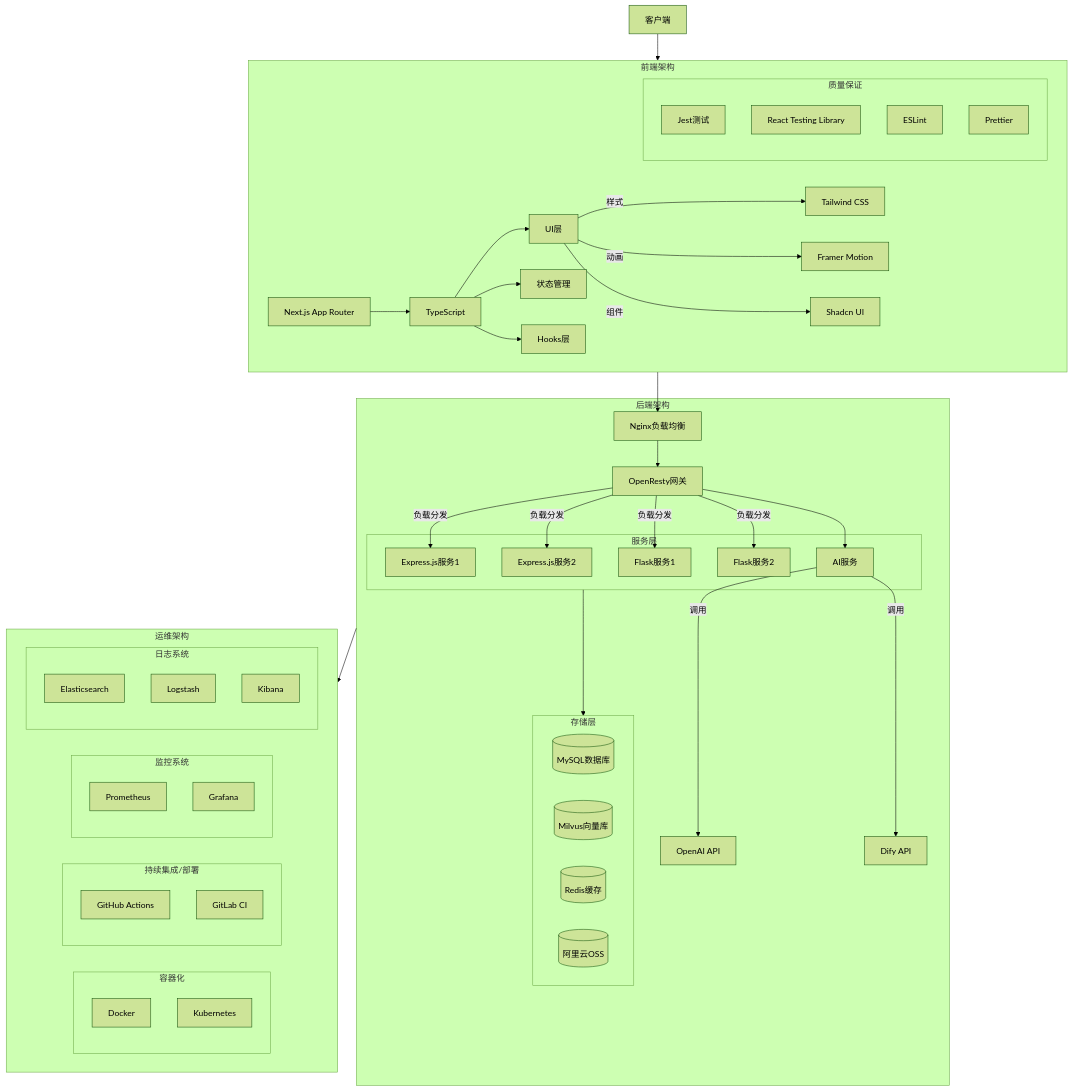
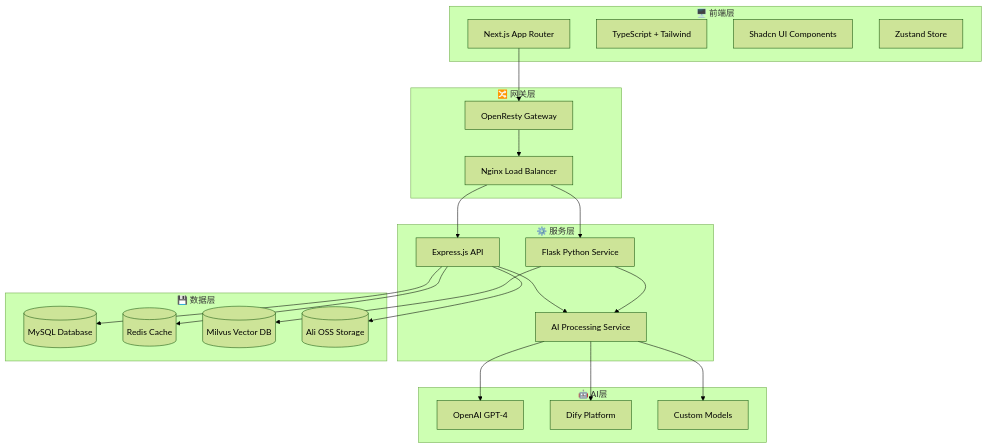
Before and after one commit to kjwlegend/zhatian-ai: the third of 3 diagrams in README.md, drawn with Mermaid (forest theme). The commit also changed other lines of this file, not shown here.

````diff
--- a/README.md
+++ b/README.md
@@ -154,82 +210,47 @@
 ```mermaid
-graph TD
-    subgraph Frontend [前端架构]
-        Next[Next.js App Router]
-        TS[TypeScript]
-        UI[UI层]
-        Store[状态管理]
-        Hooks[Hooks层]
-
-        UI --> |样式| Tailwind[Tailwind CSS]
-        UI --> |动画| Framer[Framer Motion]
-        UI --> |组件| Shadcn[Shadcn UI]
-
-        Next --> TS
-        TS --> UI
-        TS --> Store
-        TS --> Hooks
-
-        subgraph QA [质量保证]
-            Jest[Jest测试]
-            RTL[React Testing Library]
-            ESLint[ESLint]
-            Prettier[Prettier]
-        end
+graph TB
+    subgraph "🖥️ 前端层"
+        A[Next.js App Router]
+        B[TypeScript + Tailwind]
+        C[Shadcn UI Components]
+        D[Zustand Store]
     end
 
-    subgraph Backend [后端架构]
-        LB[Nginx负载均衡]
-        Gateway[OpenResty网关]
-
-        subgraph Services [服务层]
-            Express1[Express.js服务1]
-            Express2[Express.js服务2]
-            Flask1[Flask服务1]
-            Flask2[Flask服务2]
-            AI[AI服务]
-        end
-
-        subgraph Storage [存储层]
-            MySQL[(MySQL数据库)]
-            Milvus[(Milvus向量库)]
-            Redis[(Redis缓存)]
-            OSS[(阿里云OSS)]
-        end
-
-        LB --> Gateway
-        Gateway --> |负载分发| Express1 & Express2
-        Gateway --> |负载分发| Flask1 & Flask2
-        Gateway --> AI
-
-        Services --> Storage
-        AI --> |调用| OpenAI[OpenAI API]
-        AI --> |调用| Dify[Dify API]
+    subgraph "🔀 网关层"
+        E[OpenResty Gateway]
+        F[Nginx Load Balancer]
     end
 
-    subgraph DevOps [运维架构]
-        subgraph Container [容器化]
-            Docker[Docker]
-            K8s[Kubernetes]
-        end
-
-        subgraph CICD [持续集成/部署]
-            Actions[GitHub Actions]
-            GitLab[GitLab CI]
-        end
-
-        subgraph Monitor [监控系统]
-            Prometheus[Prometheus]
-            Grafana[Grafana]
-        end
-
-        subgraph Logging [日志系统]
-            ES[Elasticsearch]
-            Logstash[Logstash]
-            Kibana[Kibana]
-        end
+    subgraph "⚙️ 服务层"
+        G[Express.js API]
+        H[Flask Python Service]
+        I[AI Processing Service]
     end
 
-    Client[客户端] --> Frontend
-    Frontend --> LB
-    Backend --> DevOps
+    subgraph "💾 数据层"
+        J[(MySQL Database)]
+        K[(Redis Cache)]
+        L[(Milvus Vector DB)]
+        M[(Ali OSS Storage)]
+    end
+
+    subgraph "🤖 AI层"
+        N[OpenAI GPT-4]
+        O[Dify Platform]
+        P[Custom Models]
+    end
+
+    A --> E
+    E --> F
+    F --> G
+    F --> H
+    G --> I
+    H --> I
+    I --> N
+    I --> O
+    I --> P
+    G --> J
+    G --> K
+    H --> L
+    G --> M
 ```
````
